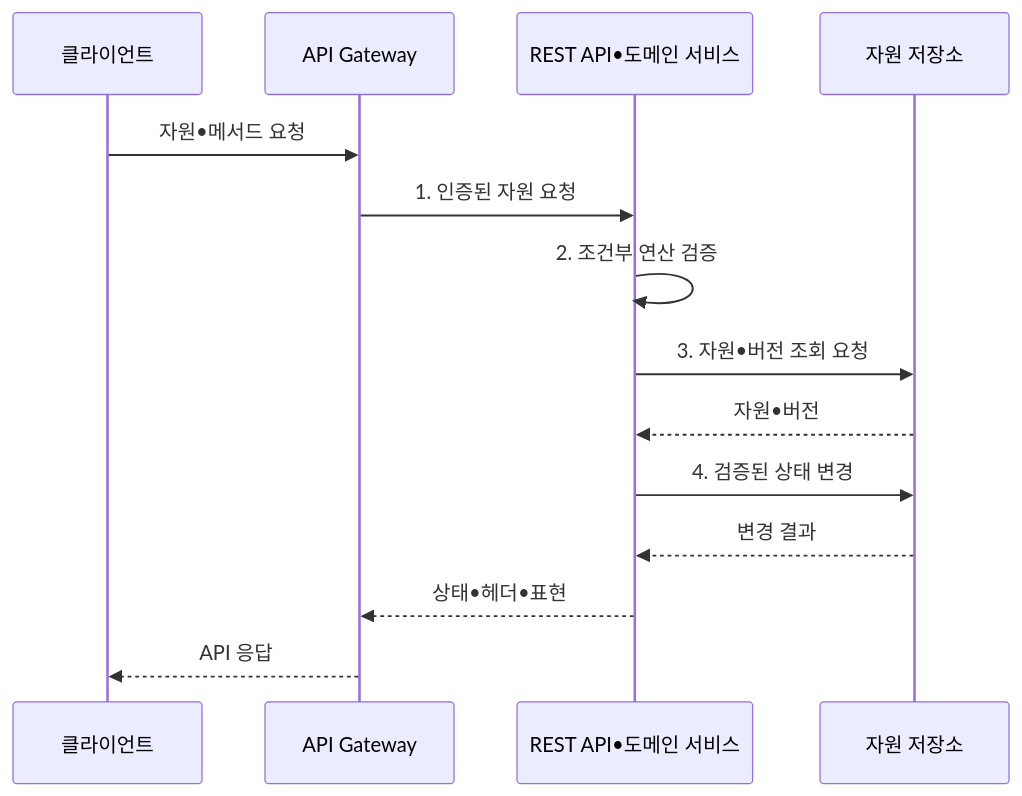
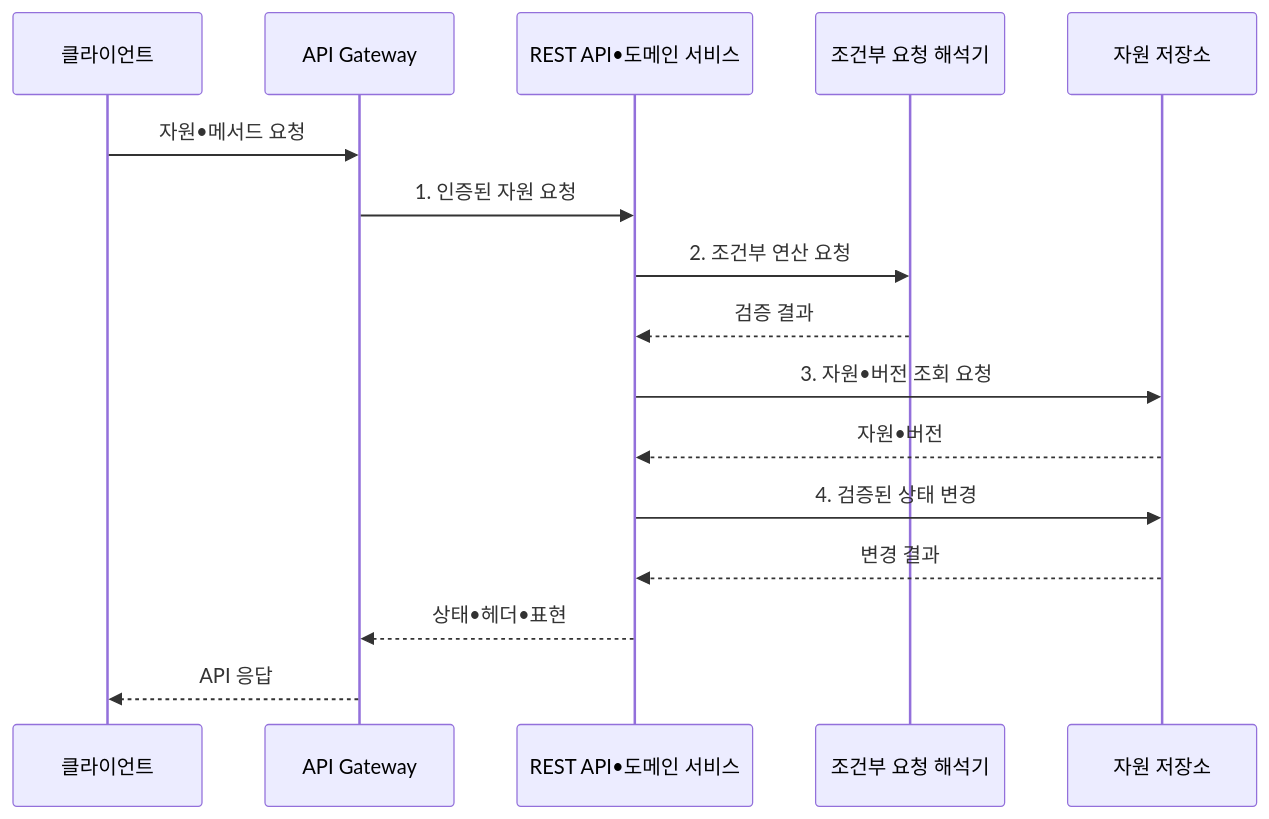
One commit to agnusdei1207/knowledge-base changed the second of 2 diagrams in src/content/docs/notes/03-software/171_restful_api_design.md. Above: the diagram before and after it, drawn with Mermaid. The commit also changed other lines of this file and 8 other files, not shown here.

````diff
--- a/src/content/docs/notes/03-software/171_restful_api_design.md
+++ b/src/content/docs/notes/03-software/171_restful_api_design.md
@@ -110,16 +110,18 @@
 ```mermaid
 sequenceDiagram
     participant C as 클라이언트
     participant G as API Gateway
     participant A as REST API•도메인 서비스
+    participant P as 조건부 요청 해석기
     participant S as 자원 저장소
     C->>G: 자원•메서드 요청
     G->>A: 1. 인증된 자원 요청
-    A->>A: 2. 조건부 연산 검증
+    A->>P: 2. 조건부 연산 요청
+    P-->>A: 검증 결과
     A->>S: 3. 자원•버전 조회 요청
     S-->>A: 자원•버전
     A->>S: 4. 검증된 상태 변경
     S-->>A: 변경 결과
     A-->>G: 상태•헤더•표현
     G-->>C: API 응답
 ```
````
